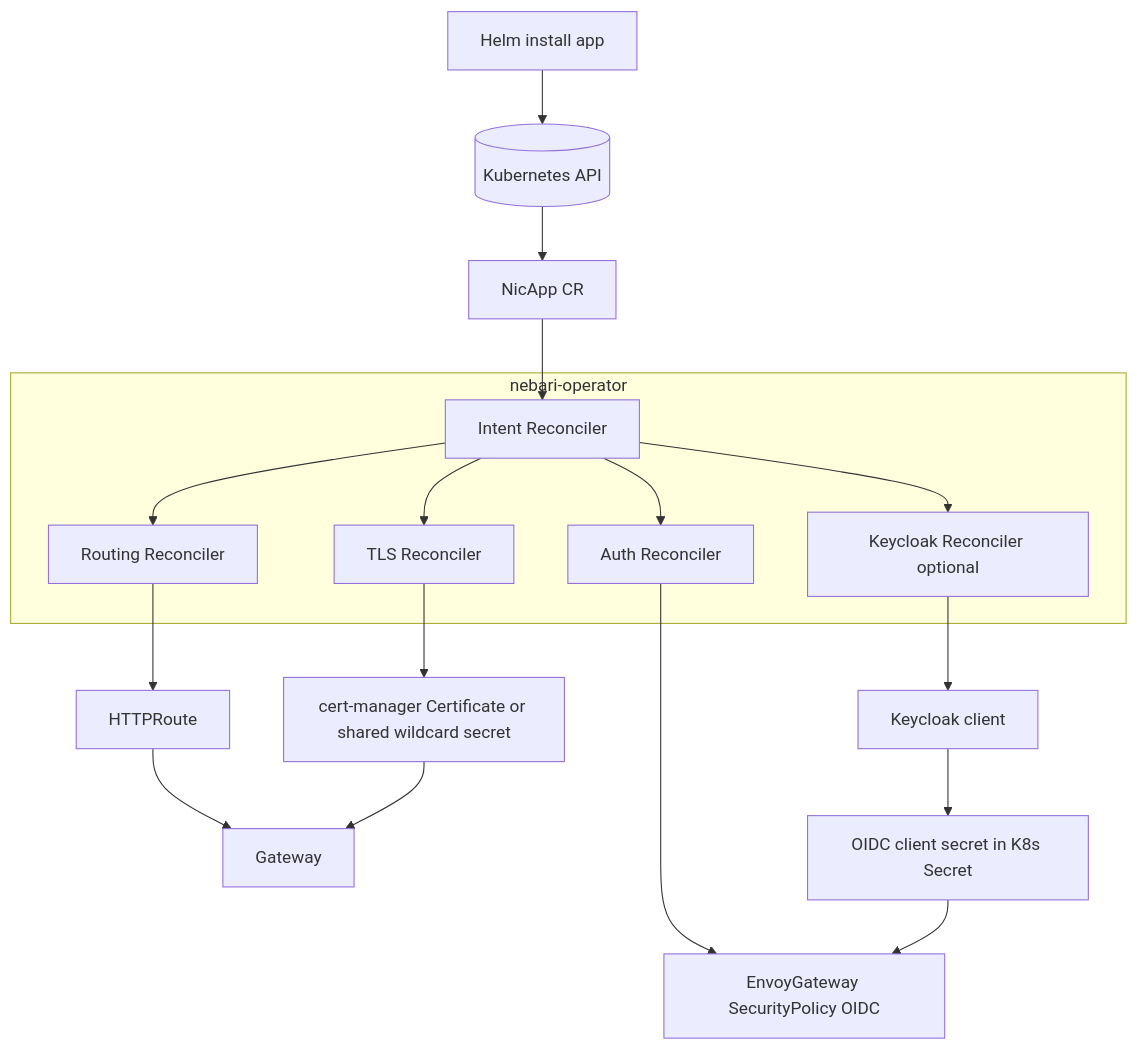
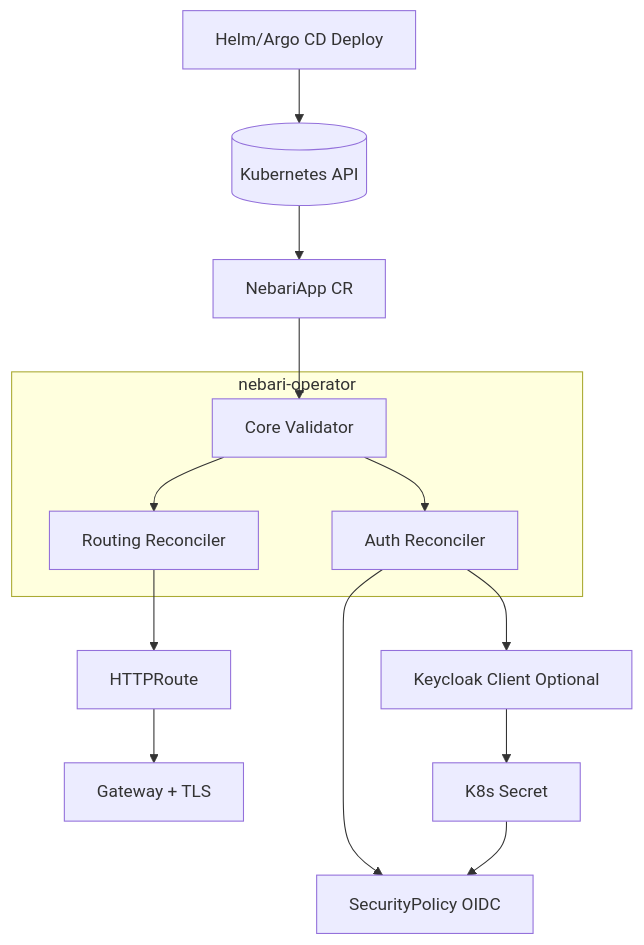
One commit to nebari-dev/nebari-operator changed the diagram in README.md. Above: the diagram before and after it, drawn with Mermaid. The commit also changed other lines of this file and 11 other files, not shown here.

````diff
--- a/README.md
+++ b/README.md
@@ -31,27 +24,20 @@
 ```mermaid
 flowchart TB
-  Helm[Helm install app] --> K8s[(Kubernetes API)]
-  K8s --> AppCR[NicApp CR]
+  Helm[Helm/Argo CD Deploy] --> K8s[(Kubernetes API)]
+  K8s --> AppCR[NebariApp CR]
 
   subgraph Operator[nebari-operator]
-    D[Intent Reconciler]
-    R[Routing Reconciler]
-    T[TLS Reconciler]
-    A[Auth Reconciler]
-    K[Keycloak Reconciler optional]
+    Core[Core Validator]
+    Routing[Routing Reconciler]
+    Auth[Auth Reconciler]
   end
 
-  AppCR --> D
-  D --> R --> HTTPRoute[HTTPRoute]
-  HTTPRoute --> Gateway[Gateway]
+  AppCR --> Core
+  Core --> Routing --> HTTPRoute[HTTPRoute]
+  HTTPRoute --> Gateway[Gateway + TLS]
 
-  D --> T --> Certs[cert-manager Certificate or shared wildcard secret]
-  Certs --> Gateway
-
-  D --> A --> SecPol[EnvoyGateway SecurityPolicy OIDC]
-  Secret[OIDC client secret in K8s Secret] --> SecPol
-
-  D --> K --> KC[Keycloak client]
-  KC --> Secret
-
+  Core --> Auth --> SecPol[SecurityPolicy OIDC]
+  Auth --> KC[Keycloak Client Optional]
+  KC --> Secret[K8s Secret]
+  Secret --> SecPol
 ```
````
